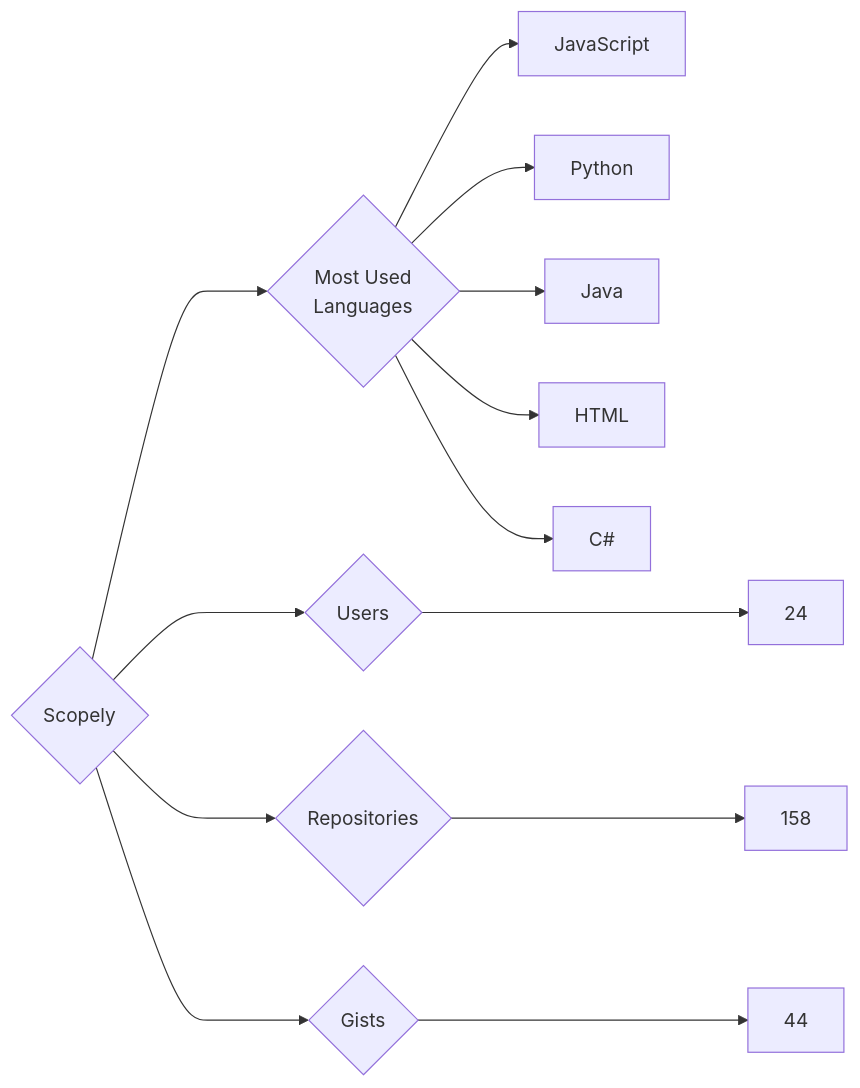
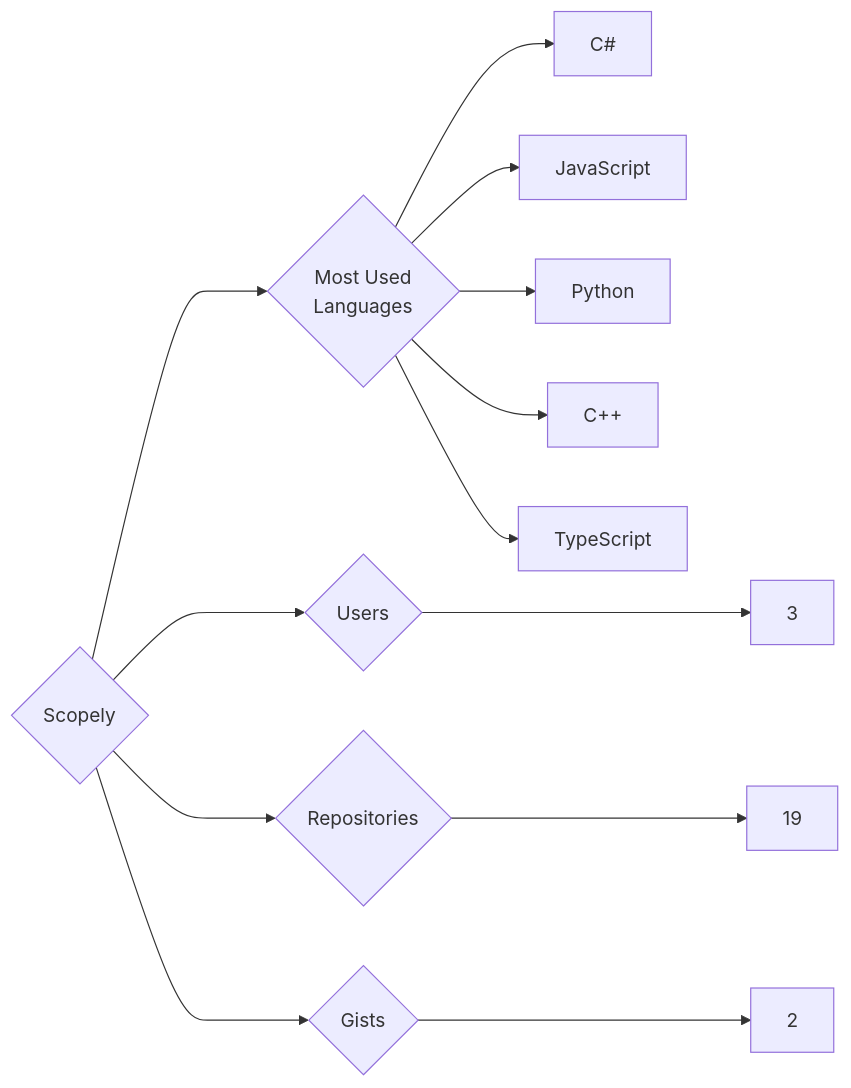
Before and after one commit to trickest/insiders: the diagram in targets/Scopely/README.md, drawn with Mermaid. The commit also changed 851 other files, not shown here.

````diff
--- a/targets/Scopely/README.md
+++ b/targets/Scopely/README.md
@@ -3,13 +3,13 @@
 ```mermaid
 graph LR
 COMPANY_NAME{Scopely}
-COMPANY_NAME ---> U{Users} ---> UN[24]
-COMPANY_NAME ---> R{Repositories} ---> RN[158]
-COMPANY_NAME ---> G{Gists} ---> GN[44]
+COMPANY_NAME ---> U{Users} ---> UN[3]
+COMPANY_NAME ---> R{Repositories} ---> RN[19]
+COMPANY_NAME ---> G{Gists} ---> GN[2]
 COMPANY_NAME ---> ML{Most Used<br>Languages}
+ML --> C#[C#]
 ML --> JavaScript[JavaScript]
 ML --> Python[Python]
-ML --> Java[Java]
-ML --> HTML[HTML]
-ML --> C#[C#]
+ML --> C++[C++]
+ML --> TypeScript[TypeScript]
 ```
````
